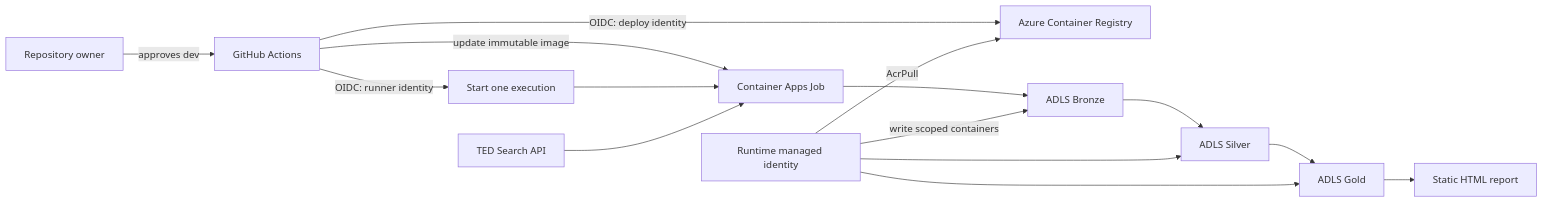
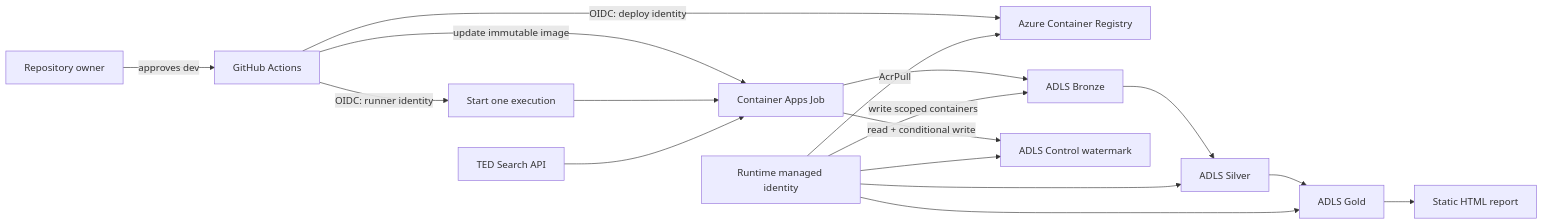
The diagram in docs/architecture.md (Mateusz0126/tenderscope), drawn with Mermaid before and after one commit. The commit also changed other lines of this file and 15 other files, not shown here.

````diff
--- a/docs/architecture.md
+++ b/docs/architecture.md
@@ -7,19 +7,21 @@
 ```mermaid
 flowchart LR
     reviewer[Repository owner] -->|approves dev| actions[GitHub Actions]
     actions -->|OIDC: deploy identity| acr[Azure Container Registry]
     actions -->|update immutable image| job[Container Apps Job]
     actions -->|OIDC: runner identity| start[Start one execution]
     start --> job
 
     ted[TED Search API] --> job
     job --> bronze[ADLS Bronze]
     bronze --> silver[ADLS Silver]
     silver --> gold[ADLS Gold]
     gold --> report[Static HTML report]
+    job -->|read + conditional write| control[ADLS Control watermark]
 
     runtime[Runtime managed identity] -->|AcrPull| acr
     runtime -->|write scoped containers| bronze
     runtime --> silver
     runtime --> gold
+    runtime --> control
 ```
````
